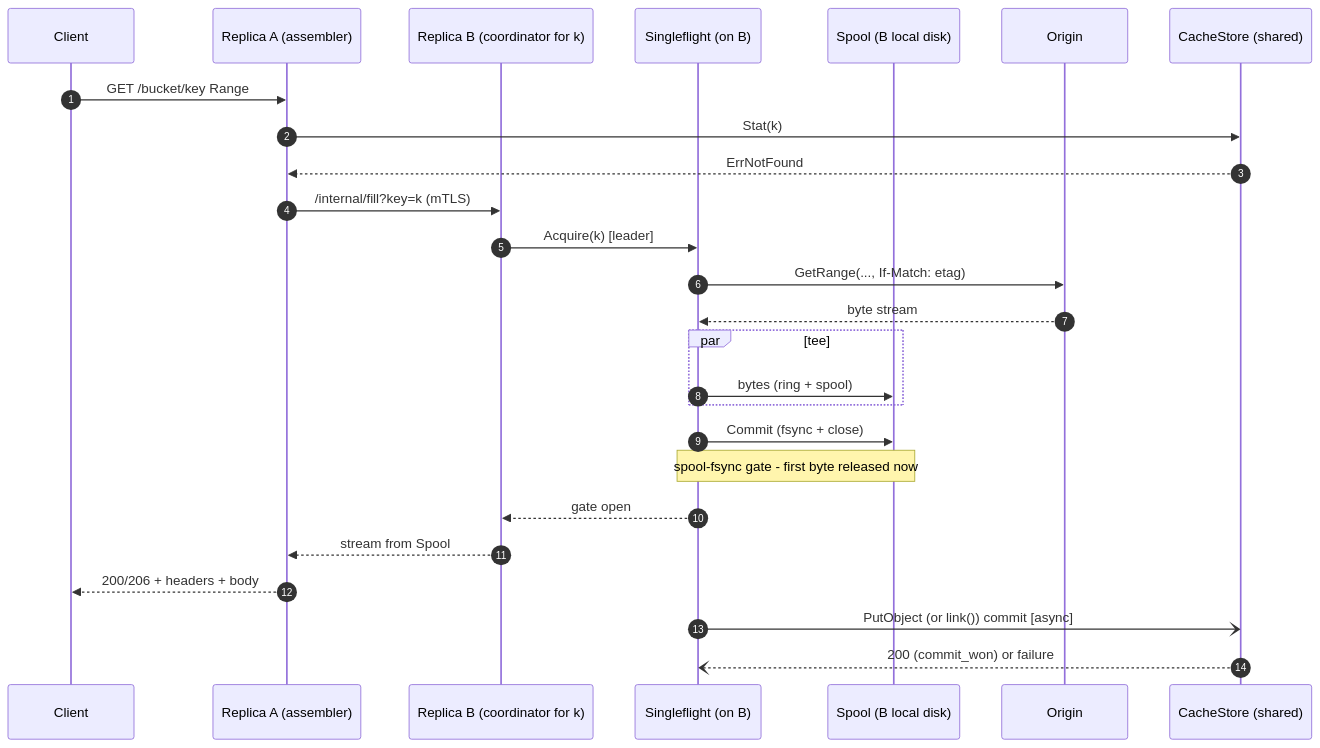
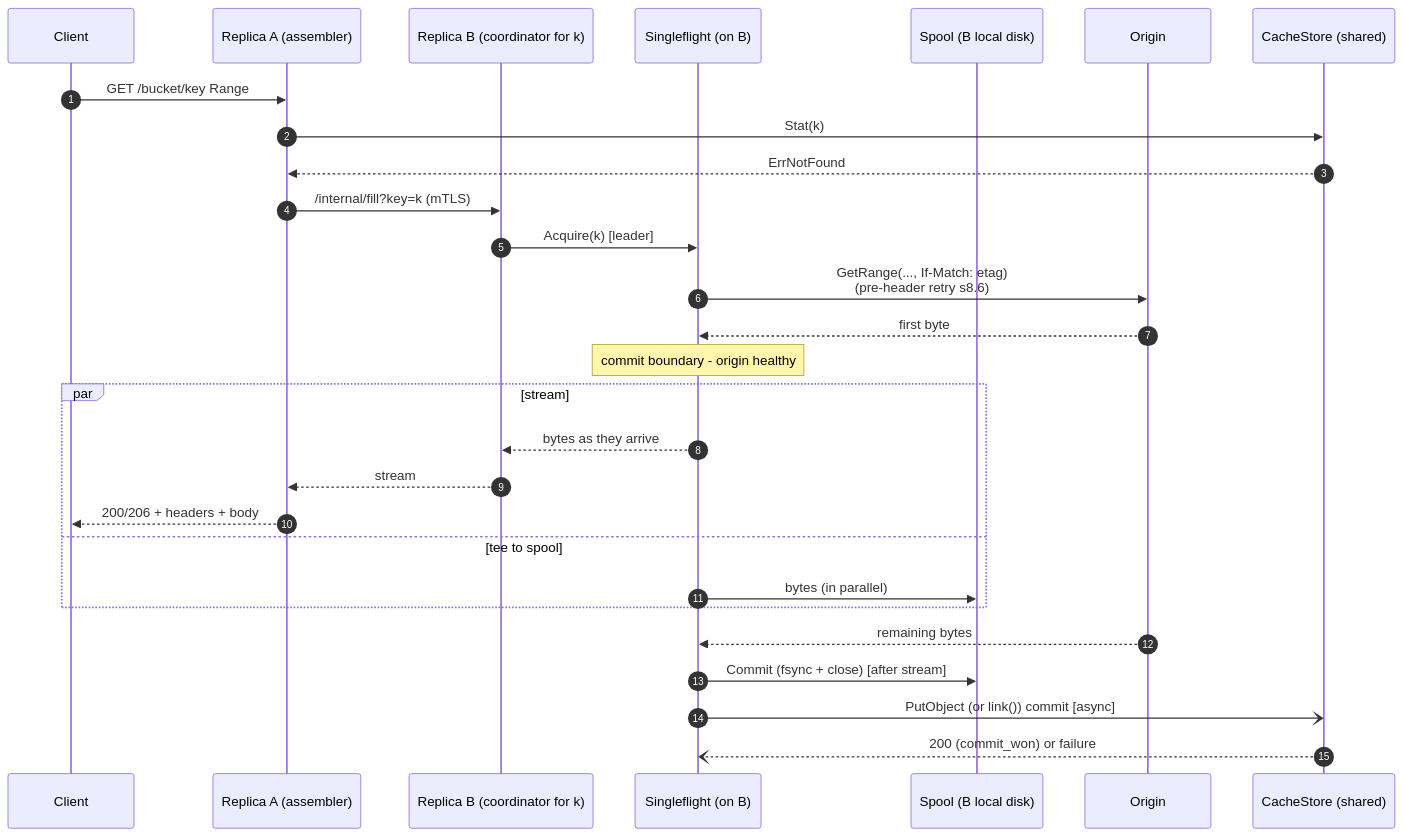
One commit to Azure/unbounded changed the second of 2 diagrams in designdocs/origincache/brief.md. Above: the diagram before and after it, drawn with Mermaid. The commit also changed other lines of this file and 2 other files, not shown here.

````diff
--- a/designdocs/origincache/brief.md
+++ b/designdocs/origincache/brief.md
@@ -249,28 +258,30 @@
 ```mermaid
 sequenceDiagram
     autonumber
     participant C as Client
     participant A as Replica A (assembler)
     participant B as Replica B (coordinator for k)
     participant SF as Singleflight (on B)
     participant Sp as Spool (B local disk)
     participant O as Origin
     participant CS as CacheStore (shared)
     C->>A: GET /bucket/key Range
     A->>CS: Stat(k)
     CS-->>A: ErrNotFound
     A->>B: /internal/fill?key=k (mTLS)
     B->>SF: Acquire(k) [leader]
-    SF->>O: GetRange(..., If-Match: etag)
-    O-->>SF: byte stream
-    par tee
-        SF->>Sp: bytes (ring + spool)
+    SF->>O: GetRange(..., If-Match: etag)<br/>(pre-header retry s8.6)
+    O-->>SF: first byte
+    Note over SF: commit boundary - origin healthy
+    par stream
+        SF-->>B: bytes as they arrive
+        B-->>A: stream
+        A-->>C: 200/206 + headers + body
+    and tee to spool
+        SF->>Sp: bytes (in parallel)
     end
-    SF->>Sp: Commit (fsync + close)
-    Note over SF,Sp: spool-fsync gate - first byte released now
-    SF-->>B: gate open
-    B-->>A: stream from Spool
-    A-->>C: 200/206 + headers + body
+    O-->>SF: remaining bytes
+    SF->>Sp: Commit (fsync + close) [after stream]
     SF-)CS: PutObject (or link()) commit [async]
     CS--)SF: 200 (commit_won) or failure
 ```
````
